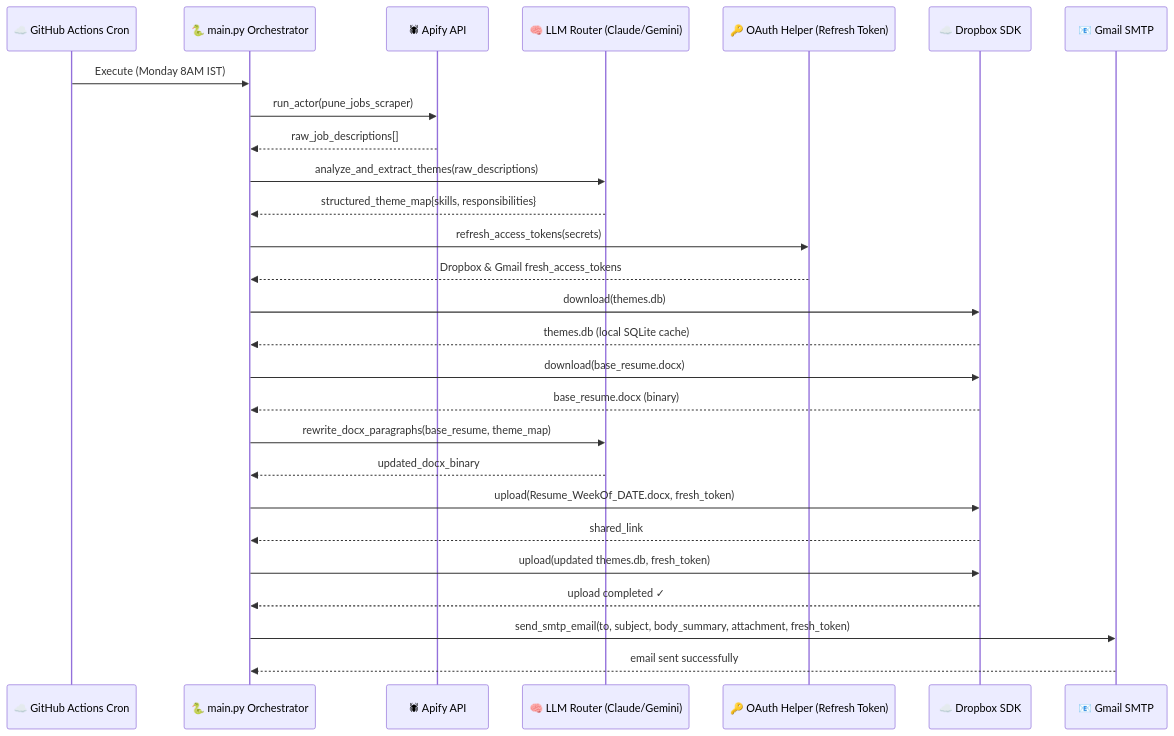
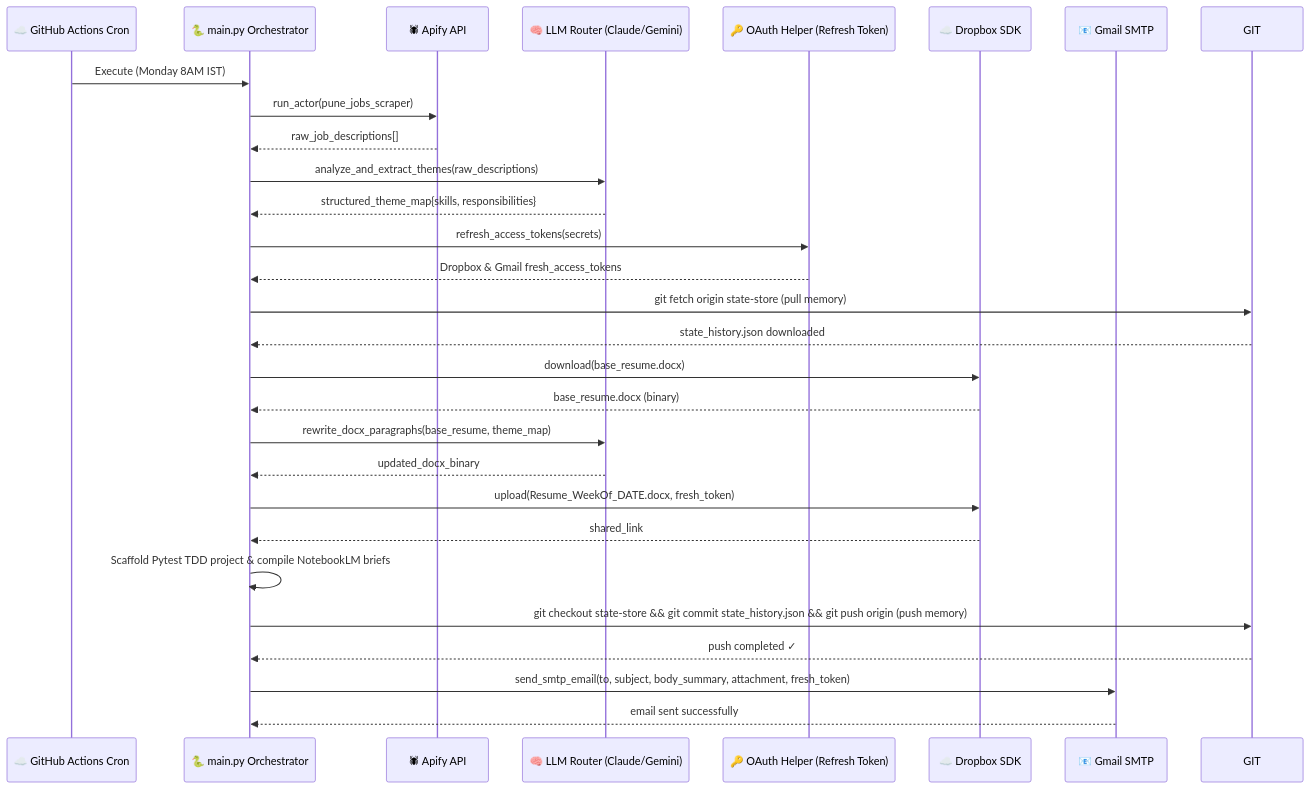
The fourth of 5 diagrams in ARCHITECTURE_HYBRID.md (mayukhg/mg-ai-job-scanner), drawn with Mermaid before and after one commit. The commit also changed 16 other files, not shown here.

Commit message:
feat: upgrade to Career Intelligence Engine (CIE) with Stateless Memory, TDD Scaffolding, NotebookLM Compiler, and LLMOps Tracing

````diff
--- a/ARCHITECTURE_HYBRID.md
+++ b/ARCHITECTURE_HYBRID.md
@@ -96,39 +96,42 @@
 ```mermaid
 sequenceDiagram
     participant GHA as ☁️ GitHub Actions Cron
     participant PY as 🐍 main.py Orchestrator
     participant AP as 🕷 Apify API
     participant LL as 🧠 LLM Router (Claude/Gemini)
     participant OATH as 🔑 OAuth Helper (Refresh Token)
     participant DB as ☁️ Dropbox SDK
     participant GM as 📧 Gmail SMTP
 
     GHA->>PY: Execute (Monday 8AM IST)
     
     PY->>AP: run_actor(pune_jobs_scraper)
     AP-->>PY: raw_job_descriptions[]
 
     PY->>LL: analyze_and_extract_themes(raw_descriptions)
     LL-->>PY: structured_theme_map{skills, responsibilities}
 
     PY->>OATH: refresh_access_tokens(secrets)
     OATH-->>PY: Dropbox & Gmail fresh_access_tokens
 
-    PY->>DB: download(themes.db)
-    DB-->>PY: themes.db (local SQLite cache)
+    PY->>GIT: git fetch origin state-store (pull memory)
+    GIT-->>PY: state_history.json downloaded
 
     PY->>DB: download(base_resume.docx)
     DB-->>PY: base_resume.docx (binary)
 
     PY->>LL: rewrite_docx_paragraphs(base_resume, theme_map)
     LL-->>PY: updated_docx_binary
 
     PY->>DB: upload(Resume_WeekOf_DATE.docx, fresh_token)
     DB-->>PY: shared_link
 
-    PY->>DB: upload(updated themes.db, fresh_token)
-    DB-->>PY: upload completed ✓
+    PY->>PY: Scaffold Pytest TDD project & compile NotebookLM briefs
+
+    PY->>GIT: git checkout state-store && git commit state_history.json && git push origin (push memory)
+    GIT-->>PY: push completed ✓
 
     PY->>GM: send_smtp_email(to, subject, body_summary, attachment, fresh_token)
     GM-->>PY: email sent successfully
+
 ```
````
